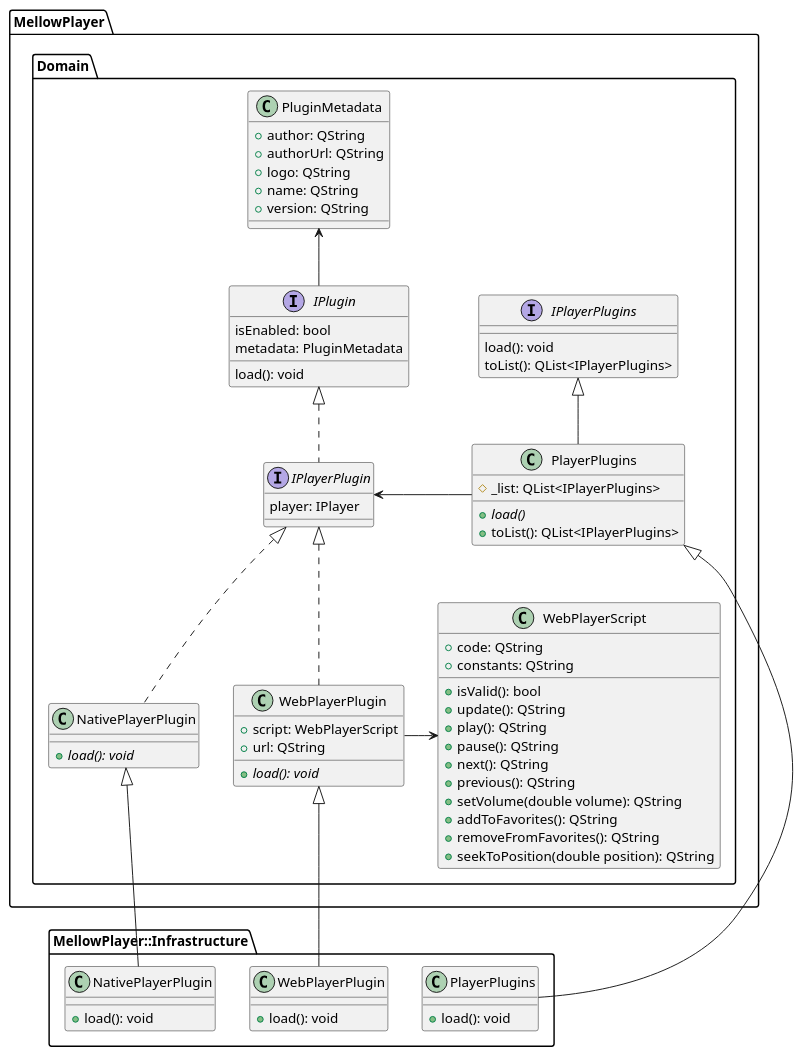
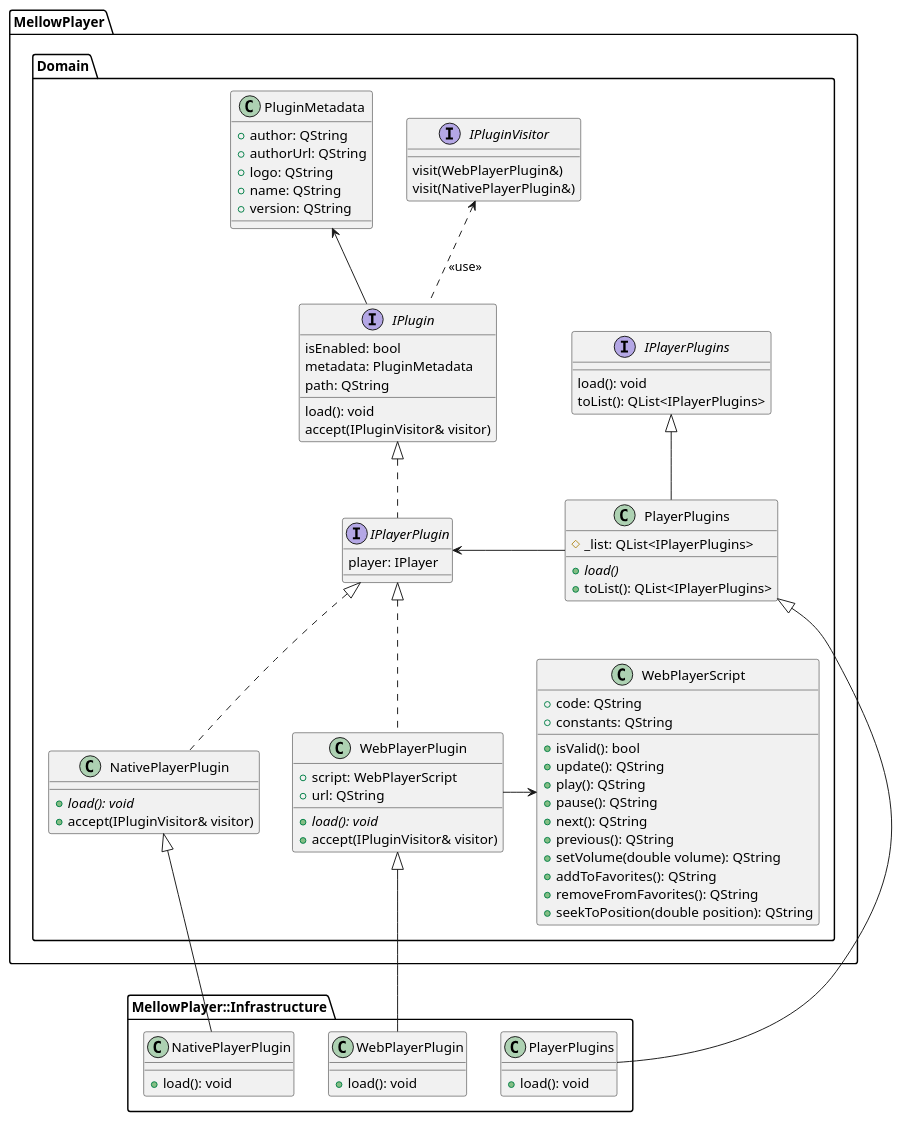
One commit to ColinDuquesnoy/MellowPlayer changed the diagram in docs/developers/PlantUml/version4/Plugins.puml. Above: the diagram before and after it, drawn with PlantUML. The commit also changed 15 other files, not shown here.

```diff
--- a/docs/developers/PlantUml/version4/Plugins.puml
+++ b/docs/developers/PlantUml/version4/Plugins.puml
@@ -1,84 +1,94 @@
 @startuml
 
 namespace MellowPlayer.Domain {
+    interface IPluginVisitor {
+        visit(WebPlayerPlugin&)
+        visit(NativePlayerPlugin&)
+    }
+
     interface IPlayerPlugins {
         load(): void
         toList(): QList<IPlayerPlugins>
     }
 
     class PlayerPlugins {
         # _list: QList<IPlayerPlugins>
         + {abstract} load()
         + toList(): QList<IPlayerPlugins>
     }
     IPlayerPlugins <|-- PlayerPlugins
     PlayerPlugins -> IPlayerPlugin
 
     class PluginMetadata {
         + author: QString
         + authorUrl: QString
         + logo: QString
         + name: QString
         + version: QString
     }
 
     interface IPlugin {
         isEnabled: bool
         metadata: PluginMetadata
+        path: QString
         load(): void
+        accept(IPluginVisitor& visitor)
     }
     IPlugin -up-> PluginMetadata
+    IPlugin .up.> IPluginVisitor: <<use>>
 
     interface IPlayerPlugin {
         player: IPlayer
     }
     IPlugin <|.. IPlayerPlugin
 
     class WebPlayerPlugin {
         + {abstract} load(): void
         + script: WebPlayerScript
         + url: QString
+        + accept(IPluginVisitor& visitor)
 
     }
     IPlayerPlugin <|.. WebPlayerPlugin
 
     class WebPlayerScript {
         + code: QString
         + constants: QString
         + isValid(): bool
         + update(): QString
         + play(): QString
         + pause(): QString
         + next(): QString
         + previous(): QString
         + setVolume(double volume): QString
         + addToFavorites(): QString
         + removeFromFavorites(): QString
         + seekToPosition(double position): QString
     }
     WebPlayerPlugin -right-> WebPlayerScript
 
     class NativePlayerPlugin {
         + {abstract} load(): void
+        + accept(IPluginVisitor& visitor)
     }
     IPlayerPlugin <|.. NativePlayerPlugin
 }
 
 namespace MellowPlayer::Infrastructure {
     class PlayerPlugins {
         + load(): void
     }
     MellowPlayer.Domain.PlayerPlugins <|-- PlayerPlugins
 
     class WebPlayerPlugin {
         + load(): void
     }
     MellowPlayer.Domain.WebPlayerPlugin <|-- WebPlayerPlugin
 
     class NativePlayerPlugin {
         + load(): void
     }
     MellowPlayer.Domain.NativePlayerPlugin <|-- NativePlayerPlugin
 }
 
 @enduml
```
